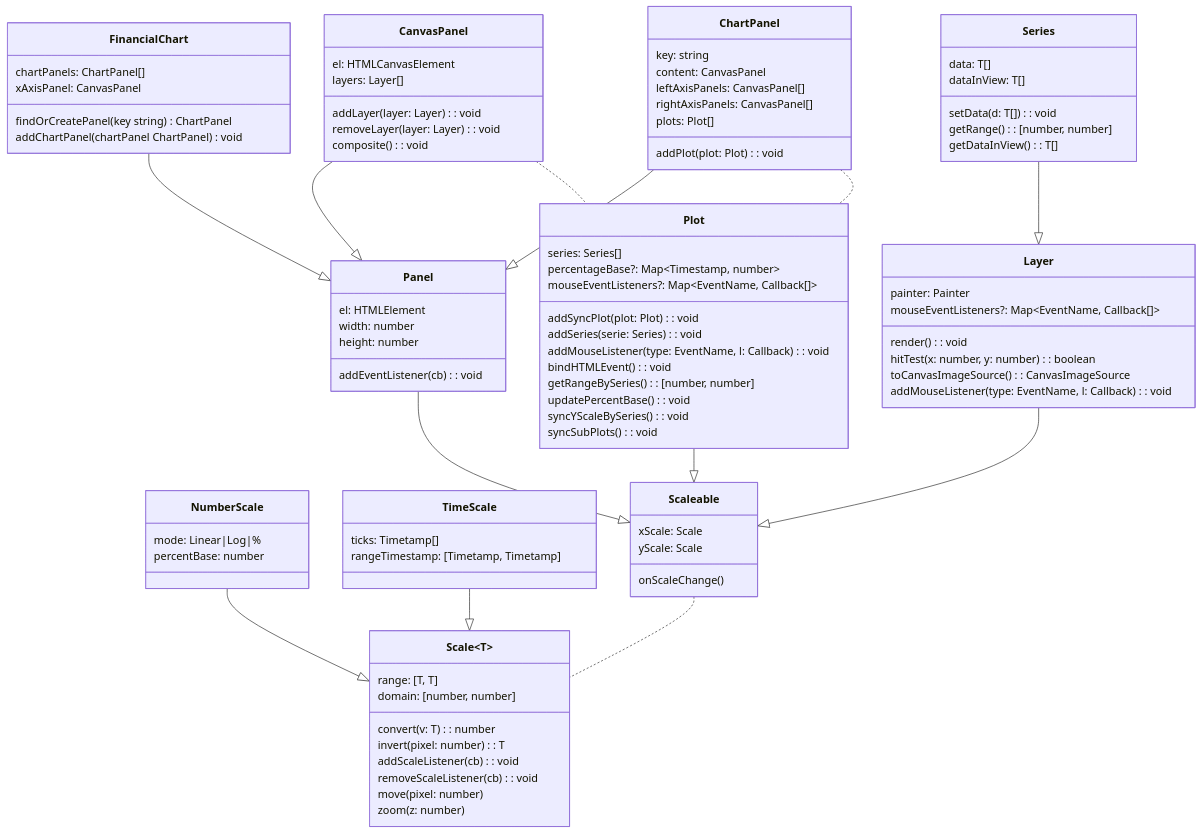
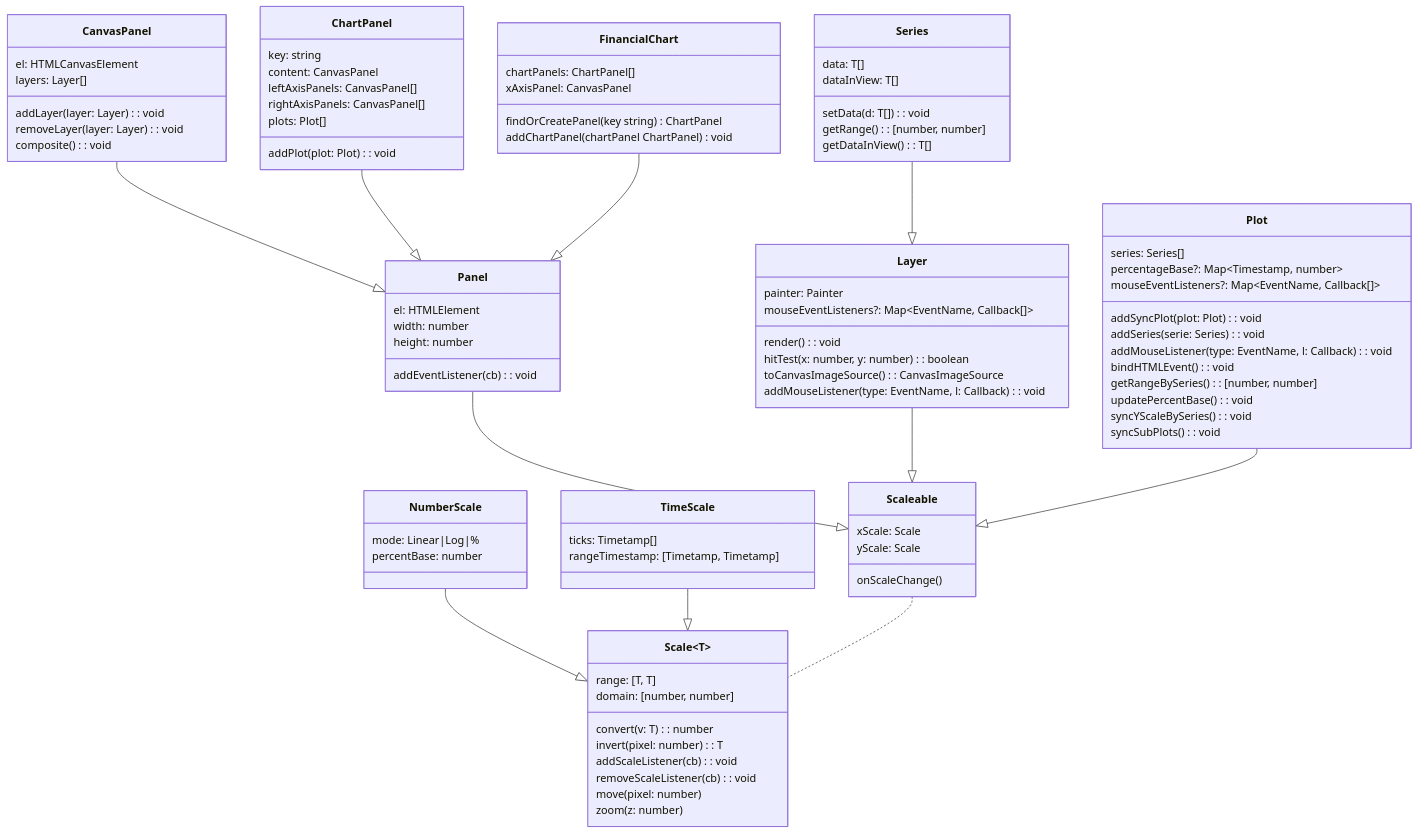
One commit to strongball/react-analyze-chart changed the first of 9 diagrams in README.md. Above: the diagram before and after it, drawn with Mermaid. The commit also changed 1 other file, not shown here.

```diff
--- a/README.md
+++ b/README.md
@@ -93,8 +93,6 @@
     addPlot(plot: Plot): void
   }
 
-  ChartPanel .. Plot
-  CanvasPanel .. Plot
   class Plot {
     series: Series[]
     percentageBase?: Map~Timestamp, number~
```
